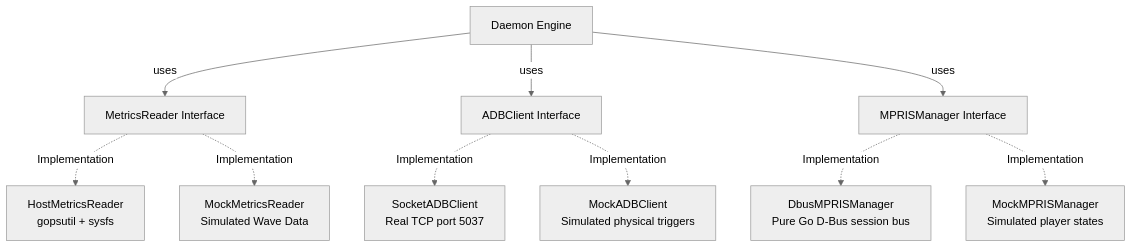
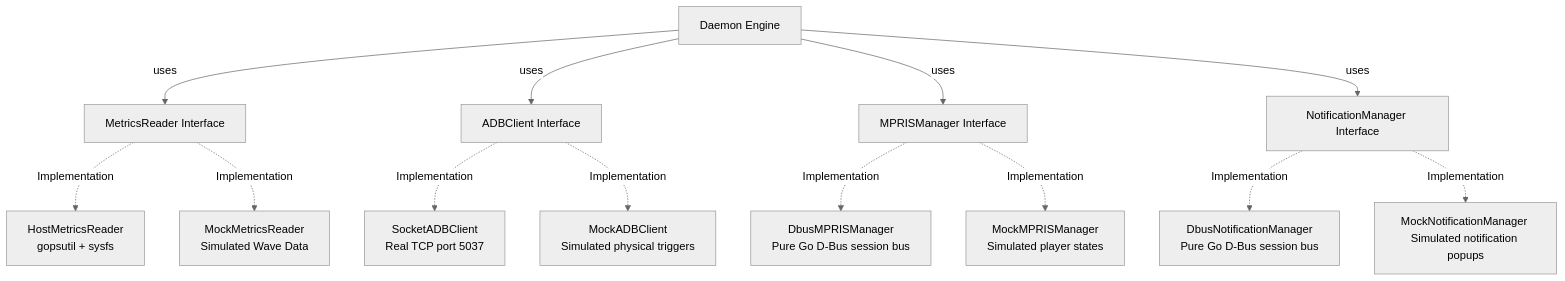
One commit to noosxe/pc-dashboard-server changed the diagram in docs/design_document.md. Above: the diagram before and after it, drawn with Mermaid (neutral theme). The commit also changed other lines of this file and 3 other files, not shown here.

Commit message:
docs: design bi-directional D-Bus notification synchronization (#20)

````diff
--- a/docs/design_document.md
+++ b/docs/design_document.md
@@ -75,15 +75,19 @@
 ```mermaid
 graph TD
     DaemonCore[Daemon Engine] -->|uses| MetricsReader[MetricsReader Interface]
     DaemonCore -->|uses| ADBClient[ADBClient Interface]
     DaemonCore -->|uses| MPRISManager[MPRISManager Interface]
+    DaemonCore -->|uses| NotificationManager[NotificationManager Interface]
     
     MetricsReader -.->|Implementation| RealMetrics[HostMetricsReader <br>gopsutil + sysfs]
     MetricsReader -.->|Implementation| MockMetrics[MockMetricsReader <br>Simulated Wave Data]
     
     ADBClient -.->|Implementation| SocketADB[SocketADBClient <br>Real TCP port 5037]
     ADBClient -.->|Implementation| MockADB[MockADBClient <br>Simulated physical triggers]
 
     MPRISManager -.->|Implementation| DbusMPRIS[DbusMPRISManager <br>Pure Go D-Bus session bus]
     MPRISManager -.->|Implementation| MockMPRIS[MockMPRISManager <br>Simulated player states]
+
+    NotificationManager -.->|Implementation| DbusNotifications[DbusNotificationManager <br>Pure Go D-Bus session bus]
+    NotificationManager -.->|Implementation| MockNotifications[MockNotificationManager <br>Simulated notification popups]
 ```
````
